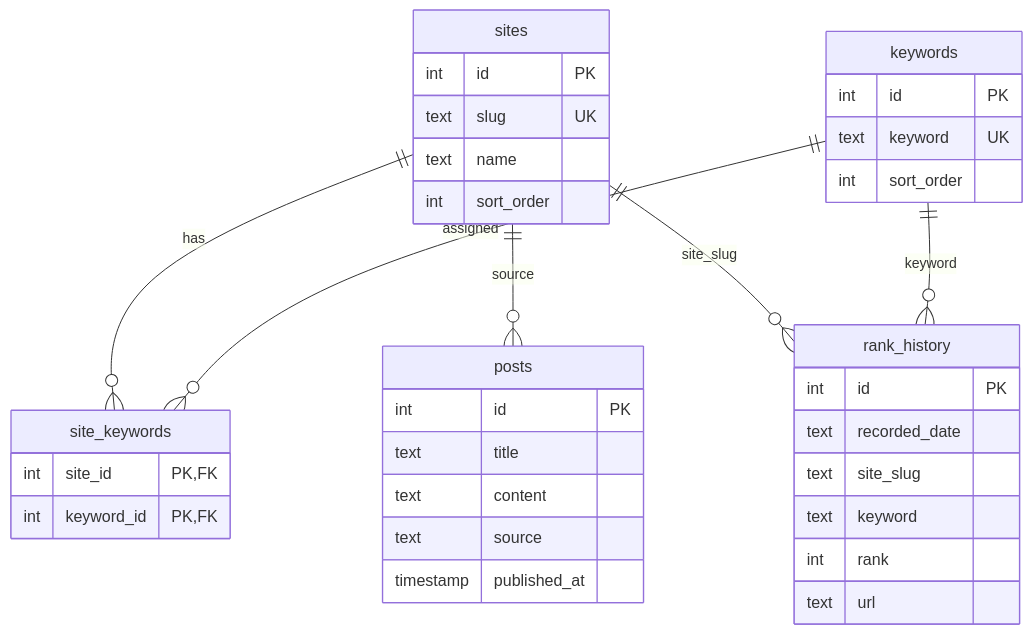
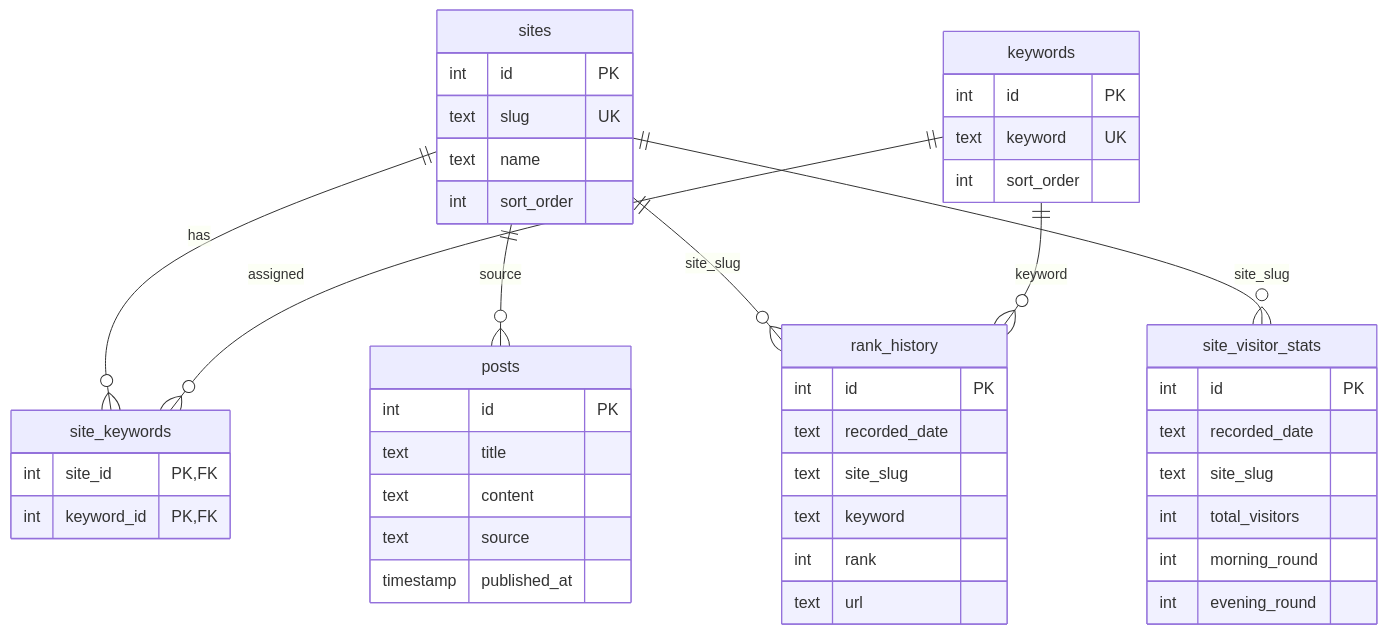
Before and after one commit to Blltxp/SEO_SYSTEM: the second of 2 diagrams in README.md, drawn with Mermaid. The commit also changed other lines of this file and 8 other files, not shown here.

````diff
--- a/README.md
+++ b/README.md
@@ -180,14 +195,16 @@
 ```mermaid
 erDiagram
     sites ||--o{ site_keywords : "has"
     keywords ||--o{ site_keywords : "assigned"
     sites ||--o{ posts : "source"
     sites ||--o{ rank_history : "site_slug"
+    sites ||--o{ site_visitor_stats : "site_slug"
     keywords ||--o{ rank_history : "keyword"
 
     sites { int id PK text slug UK text name int sort_order }
     keywords { int id PK text keyword UK int sort_order }
     site_keywords { int site_id PK,FK int keyword_id PK,FK }
     posts { int id PK text title text content text source timestamp published_at }
     rank_history { int id PK text recorded_date text site_slug text keyword int rank text url }
+    site_visitor_stats { int id PK text recorded_date text site_slug int total_visitors int morning_round int evening_round }
 ```
````
